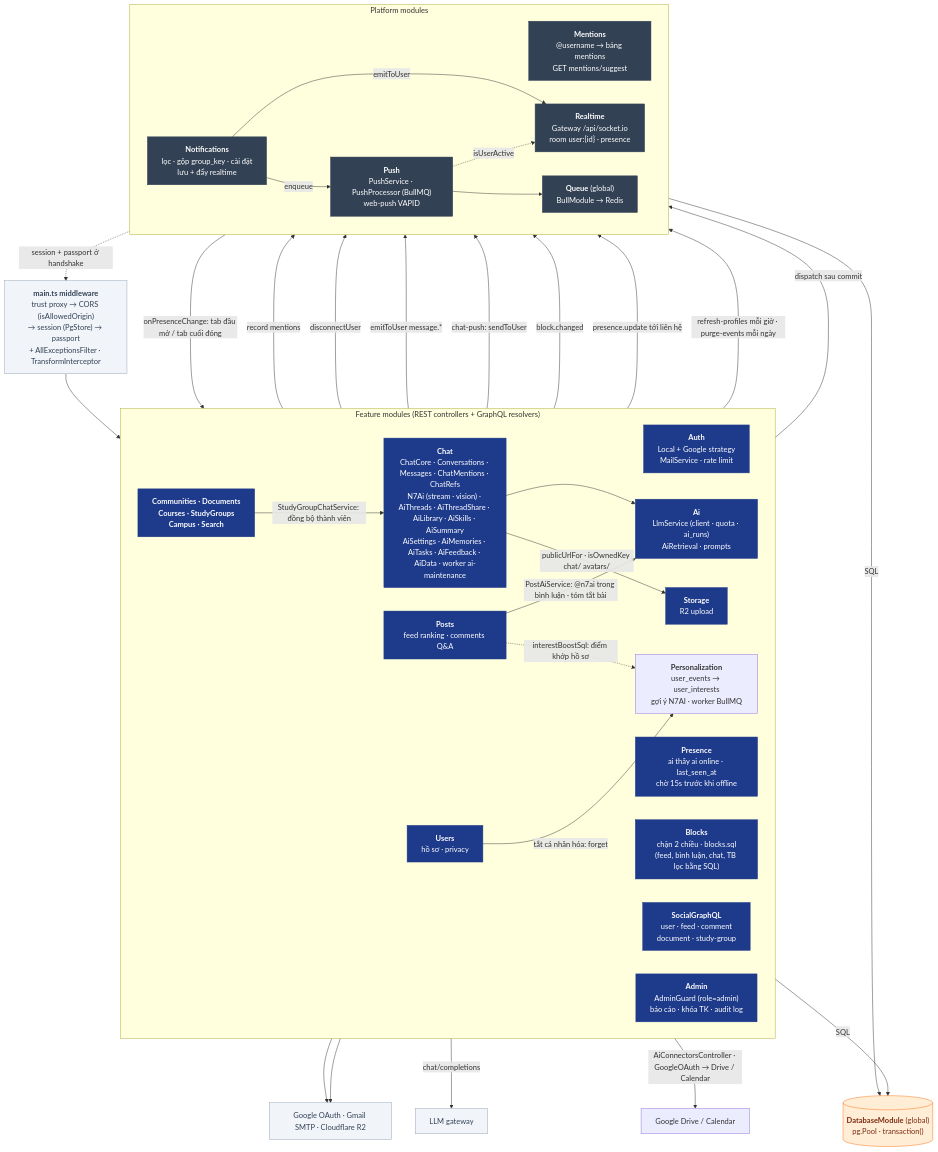
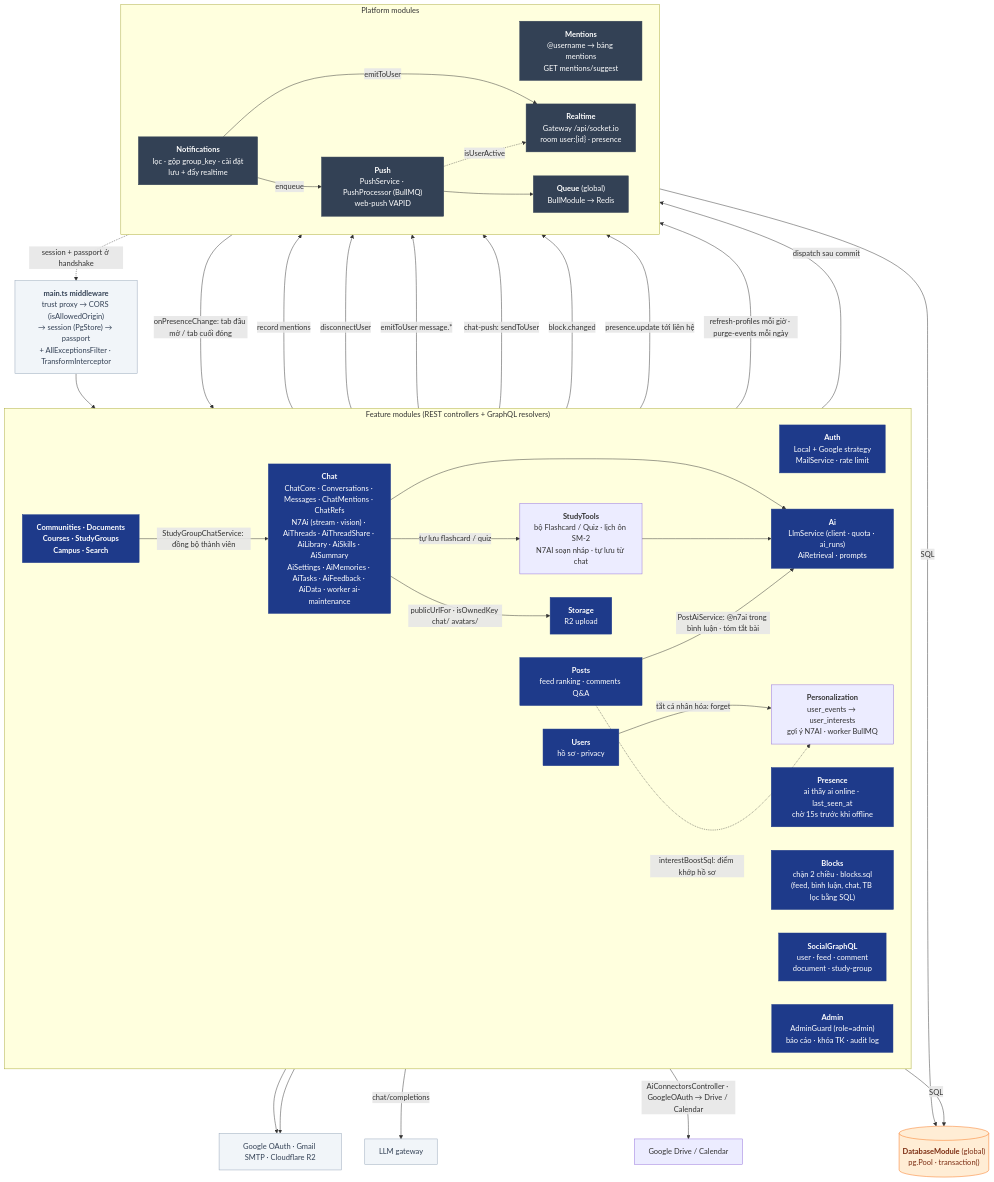
The diagram in docs/diagrams/03-api-components.md (nhatcoi/pu-connect), drawn with Mermaid before and after one commit. The commit also changed other lines of this file and 4 other files, not shown here.

Commit message:
docs(tools): study tools design, FEAT, API/web diagrams and ERD

````diff
--- a/docs/diagrams/03-api-components.md
+++ b/docs/diagrams/03-api-components.md
@@ -7,66 +7,69 @@
 ```mermaid
 flowchart TB
   mw["<b>main.ts middleware</b><br/>trust proxy → CORS (isAllowedOrigin)<br/>→ session (PgStore) → passport<br/>+ AllExceptionsFilter · TransformInterceptor"]
 
   subgraph Feature["Feature modules (REST controllers + GraphQL resolvers)"]
     direction LR
     auth["<b>Auth</b><br/>Local + Google strategy<br/>MailService · rate limit"]
     users["<b>Users</b><br/>hồ sơ · privacy"]
     presence["<b>Presence</b><br/>ai thấy ai online · last_seen_at<br/>chờ 15s trước khi offline"]
     blocks["<b>Blocks</b><br/>chặn 2 chiều · blocks.sql<br/>(feed, bình luận, chat, TB lọc bằng SQL)"]
     posts["<b>Posts</b><br/>feed ranking · comments Q&A"]
     gql["<b>SocialGraphQL</b><br/>user · feed · comment<br/>document · study-group"]
     others["<b>Communities · Documents<br/>Courses · StudyGroups<br/>Campus · Search</b>"]
     storage["<b>Storage</b><br/>R2 upload"]
     admin["<b>Admin</b><br/>AdminGuard (role=admin)<br/>báo cáo · khóa TK · audit log"]
     chat["<b>Chat</b><br/>ChatCore · Conversations · Messages · ChatMentions · ChatRefs<br/>N7Ai (stream · vision) · AiThreads · AiThreadShare · AiLibrary · AiSkills · AiSummary<br/>AiSettings · AiMemories · AiTasks · AiFeedback · AiData · worker ai-maintenance"]
     ai["<b>Ai</b><br/>LlmService (client · quota · ai_runs)<br/>AiRetrieval · prompts"]
     perso["<b>Personalization</b><br/>user_events → user_interests<br/>gợi ý N7AI · worker BullMQ"]
+    tools["<b>StudyTools</b><br/>bộ Flashcard / Quiz · lịch ôn SM-2<br/>N7AI soạn nháp · tự lưu từ chat"]
   end
 
   subgraph Platform["Platform modules"]
     direction LR
     mentions["<b>Mentions</b><br/>@username → bảng mentions<br/>GET mentions/suggest"]
     notif["<b>Notifications</b><br/>lọc · gộp group_key · cài đặt<br/>lưu + đẩy realtime"]
     rt["<b>Realtime</b><br/>Gateway /api/socket.io<br/>room user:{id} · presence"]
     push["<b>Push</b><br/>PushService · PushProcessor (BullMQ)<br/>web-push VAPID"]
     queue["<b>Queue</b> (global)<br/>BullModule → Redis"]
   end
 
   db[("<b>DatabaseModule</b> (global)<br/>pg.Pool · transaction()")]
   ext["Google OAuth · Gmail SMTP · Cloudflare R2"]
 
   mw --> Feature
   posts -->|record mentions| mentions
   Feature -->|dispatch sau commit| notif -->|emitToUser| rt
   notif -->|enqueue| push --> queue
   push -. isUserActive .-> rt
   rt -. session + passport ở handshake .-> mw
   Feature -->|SQL| db
   Platform -->|SQL| db
   auth & storage --> ext
   admin -->|disconnectUser| rt
   chat -->|emitToUser message.*| rt
   chat -->|chat-push: sendToUser| push
   chat --> ai
+  chat -->|tự lưu flashcard / quiz| tools
+  tools --> ai
   posts -->|PostAiService: @n7ai trong bình luận · tóm tắt bài| ai
   ai -->|chat/completions| llm["LLM gateway"]
   ai -->|AiConnectorsController · GoogleOAuth → Drive / Calendar| gdrive["Google Drive / Calendar"]
   chat -->|publicUrlFor · isOwnedKey chat/ avatars/| storage
   others -->|StudyGroupChatService: đồng bộ thành viên| chat
   blocks -->|block.changed| rt
   rt -->|onPresenceChange: tab đầu mở / tab cuối đóng| presence
   presence -->|presence.update tới liên hệ| rt
   users -->|tắt cá nhân hóa: forget| perso
   perso -->|refresh-profiles mỗi giờ · purge-events mỗi ngày| queue
   posts -. interestBoostSql: điểm khớp hồ sơ .-> perso
 
   classDef mod fill:#1e3a8a,stroke:#1e3a8a,color:#fff
   classDef plat fill:#334155,stroke:#334155,color:#fff
   classDef store fill:#ffedd5,stroke:#f97316,color:#7c2d12
   classDef external fill:#f1f5f9,stroke:#94a3b8,color:#334155
   class auth,users,blocks,presence,ai,posts,communities,others,storage,gql,admin,chat mod
   class mentions,notif,rt,push,queue plat
   class db store
   class ext,mw,llm external
 ```
````
